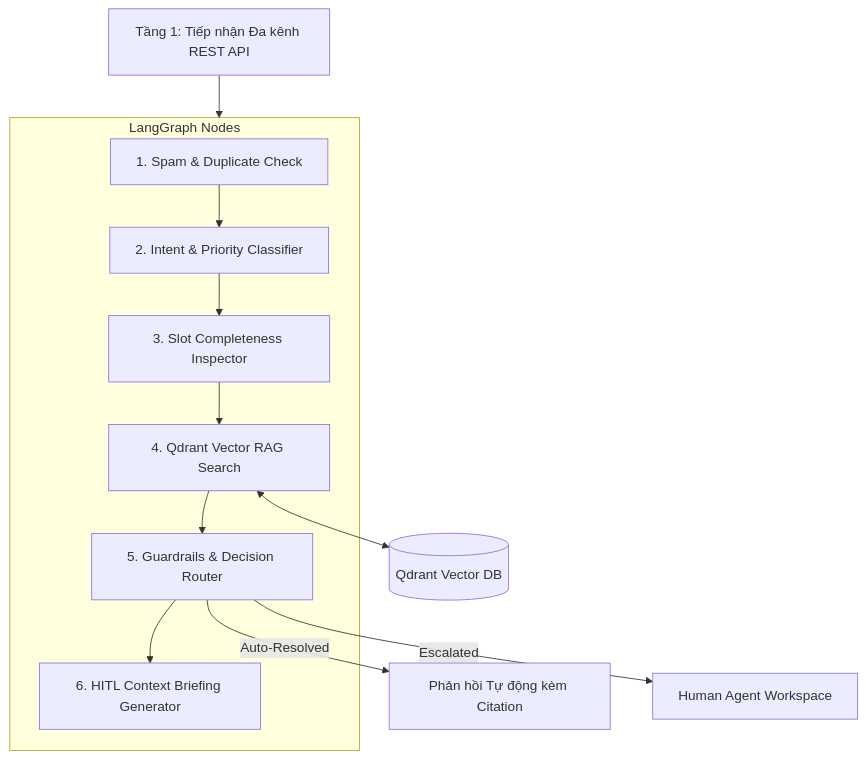
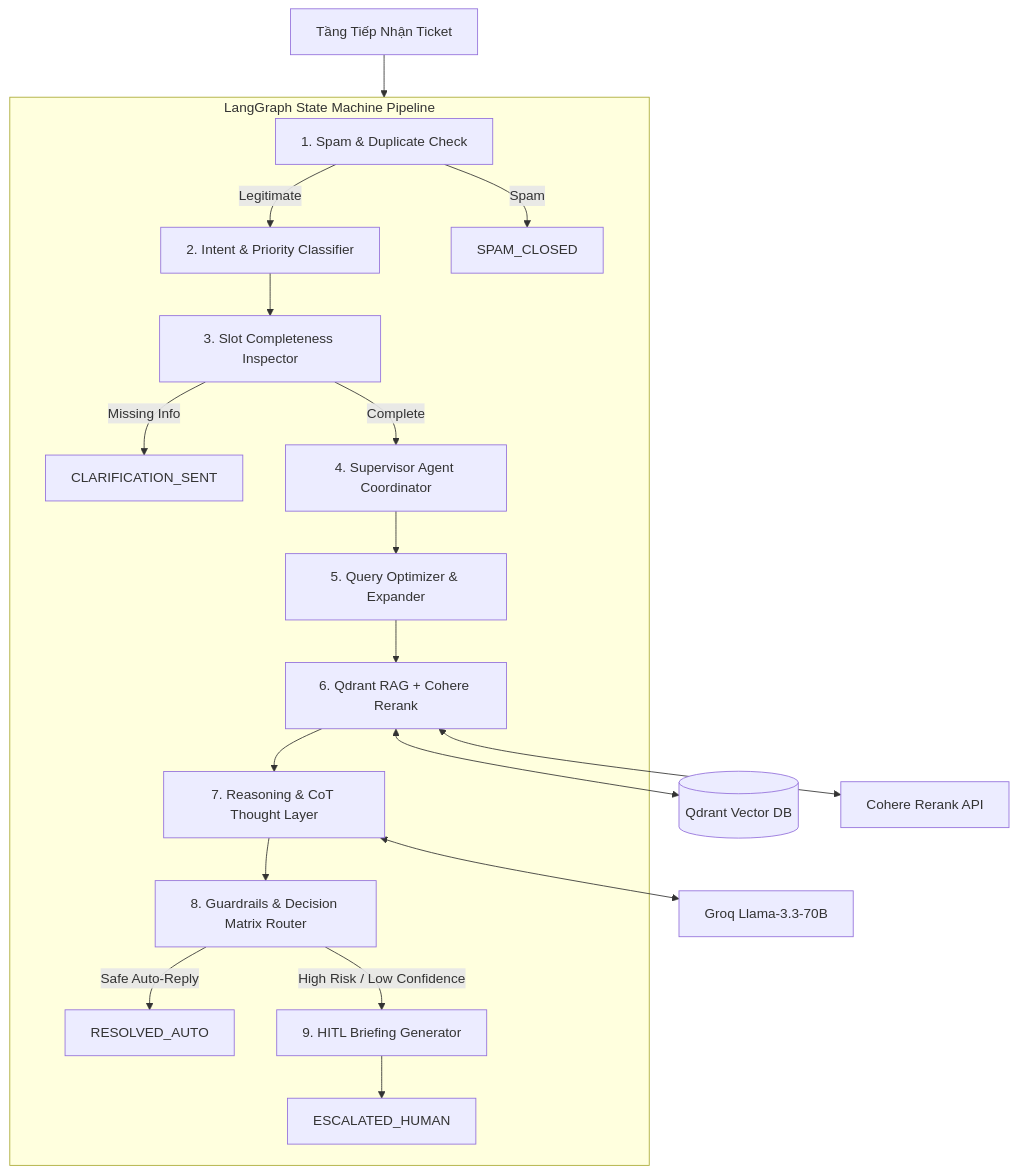
One commit to huynhtinn/GFT changed the diagram in README.md. Above: the diagram before and after it, drawn with Mermaid. The commit also changed other lines of this file, not shown here.

Commit message:
docs: rewrite README.md with updated multi-agent architecture and docker instructions

````diff
--- a/README.md
+++ b/README.md
@@ -13,16 +11,23 @@
 ```mermaid
 flowchart TD
-    Ingestion[Tầng 1: Tiếp nhận Đa kênh REST API] --> Graph[LangGraph State Machine Engine]
+    Ingestion[Tầng Tiếp Nhận Ticket] --> Graph[LangGraph Multi-Agent Engine]
     
-    subgraph Graph["LangGraph Nodes"]
-        N1[1. Spam & Duplicate Check] --> N2[2. Intent & Priority Classifier]
+    subgraph Graph["LangGraph State Machine Pipeline"]
+        N1[1. Spam & Duplicate Check] -->|Legitimate| N2[2. Intent & Priority Classifier]
+        N1 -->|Spam| END1[SPAM_CLOSED]
         N2 --> N3[3. Slot Completeness Inspector]
-        N3 --> N4[4. Qdrant Vector RAG Search]
-        N4 --> N5[5. Guardrails & Decision Router]
-        N5 --> N6[6. HITL Context Briefing Generator]
+        N3 -->|Missing Info| END2[CLARIFICATION_SENT]
+        N3 -->|Complete| N4[4. Supervisor Agent Coordinator]
+        N4 --> N5[5. Query Optimizer & Expander]
+        N5 --> N6[6. Qdrant RAG + Cohere Rerank]
+        N6 --> N7[7. Reasoning & CoT Thought Layer]
+        N7 --> N8[8. Guardrails & Decision Matrix Router]
+        N8 -->|Safe Auto-Reply| END3[RESOLVED_AUTO]
+        N8 -->|High Risk / Low Confidence| N9[9. HITL Briefing Generator]
+        N9 --> END4[ESCALATED_HUMAN]
     end
 
-    N4 <--> Qdrant[(Qdrant Vector DB)]
-    N5 -->|Auto-Resolved| Reply[Phản hồi Tự động kèm Citation]
-    N5 -->|Escalated| HITL[Human Agent Workspace]
+    N6 <--> Qdrant[(Qdrant Vector DB)]
+    N6 <--> Cohere[Cohere Rerank API]
+    N7 <--> Groq[Groq Llama-3.3-70B]
 ```
````
